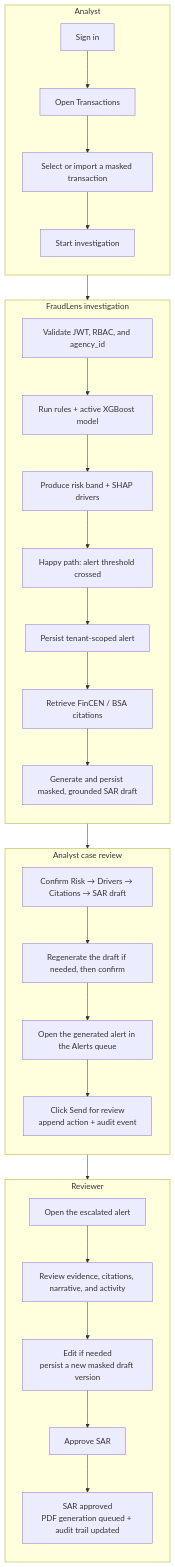
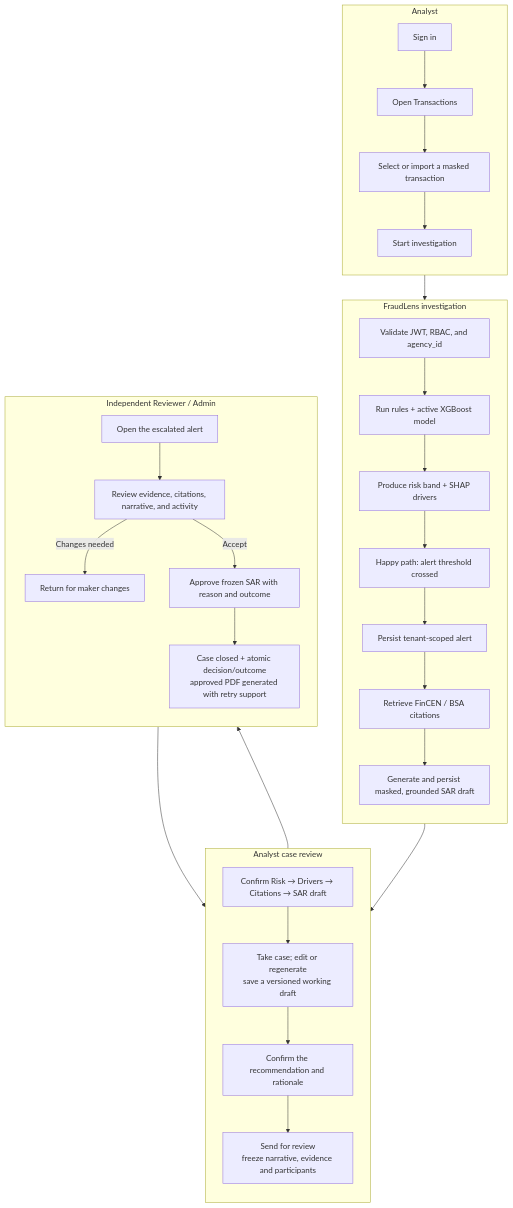
One commit to Kartik-Hirijaganer/FraudLens changed the third of 3 diagrams in README.md. Above: the diagram before and after it, drawn with Mermaid. The commit also changed other lines of this file and 15 other files, not shown here.

````diff
--- a/README.md
+++ b/README.md
@@ -166,46 +172,49 @@
 ```mermaid
 flowchart TB
     subgraph analyst["Analyst"]
         direction TB
         signIn["Sign in"]
         transactions["Open Transactions"]
         select["Select or import a masked transaction"]
         start["Start investigation"]
         signIn --> transactions --> select --> start
     end
 
     subgraph system["FraudLens investigation"]
         direction TB
         authorize["Validate JWT, RBAC, and agency_id"]
         score["Run rules + active XGBoost model"]
         explain["Produce risk band + SHAP drivers"]
         threshold["Happy path: alert threshold crossed"]
         alert["Persist tenant-scoped alert"]
         retrieve["Retrieve FinCEN / BSA citations"]
         draft["Generate and persist masked, grounded SAR draft"]
         authorize --> score --> explain --> threshold --> alert --> retrieve --> draft
     end
 
     subgraph caseReview["Analyst case review"]
         direction TB
         evidence["Confirm Risk → Drivers → Citations → SAR draft"]
-        regenerate["Regenerate the draft if needed, then confirm"]
-        alertQueue["Open the generated alert in the Alerts queue"]
-        submit["Click Send for review<br/>append action + audit event"]
+        regenerate["Take case; edit or regenerate<br/>save a versioned working draft"]
+        alertQueue["Confirm the recommendation and rationale"]
+        submit["Send for review<br/>freeze narrative, evidence and participants"]
         evidence --> regenerate --> alertQueue --> submit
     end
 
-    subgraph reviewer["Reviewer"]
+    subgraph reviewer["Independent Reviewer / Admin"]
         direction TB
         openReview["Open the escalated alert"]
         assess["Review evidence, citations, narrative, and activity"]
-        edit["Edit if needed<br/>persist a new masked draft version"]
-        approve["Approve SAR"]
-        complete["SAR approved<br/>PDF generation queued + audit trail updated"]
-        openReview --> assess --> edit --> approve --> complete
+        returnRound["Return for maker changes"]
+        approve["Approve frozen SAR with reason and outcome"]
+        complete["Case closed + atomic decision/outcome<br/>approved PDF generated with retry support"]
+        openReview --> assess
+        assess -->|"Changes needed"| returnRound
+        assess -->|"Accept"| approve --> complete
     end
 
     start --> authorize
     draft --> evidence
     submit --> openReview
+    returnRound --> regenerate
 ```
````
